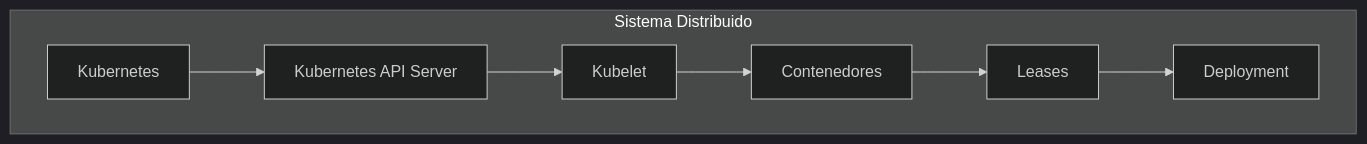
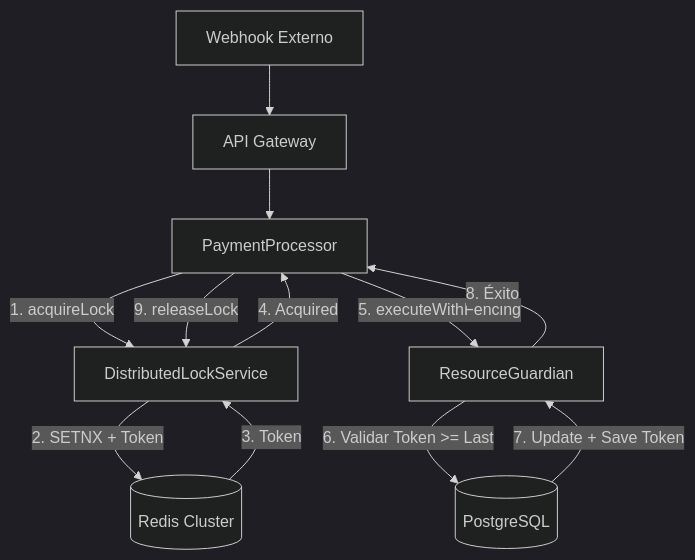
Before and after one commit to Joaquinriosheredia/DAM-Java-Mastery: the fourth of 4 diagrams in _Review/distributed_locks_y_coordinacion_distribuida/distributed_locks_y_coordinacion_distribuida.md, drawn with Mermaid (dark theme). The commit also changed other lines of this file, not shown here.

Commit message:
Distributed Locks y Coordinación Distribuida en Java 21

````diff
--- a/_Review/distributed_locks_y_coordinacion_distribuida/distributed_locks_y_coordinacion_distribuida.md
+++ b/_Review/distributed_locks_y_coordinacion_distribuida/distributed_locks_y_coordinacion_distribuida.md
@@ -658,17 +450,14 @@
 ```mermaid
 graph TD
-    subgraph "Sistema Distribuido"
-        A[Kubernetes]
-        B[Kubernetes API Server]
-        C[Kubelet]
-        D[Contenedores]
-        E[Leases]
-        F[Deployment]
-    end
-    
-    A --> B
-    B --> C
-    C --> D
-    D --> E
-    E --> F
+    A[Webhook Externo] --> B[API Gateway]
+    B --> C[PaymentProcessor]
+    C -->|1. acquireLock| D[DistributedLockService]
+    D -->|2. SETNX + Token| E[(Redis Cluster)]
+    E -->|3. Token| D
+    D -->|4. Acquired| C
+    C -->|5. executeWithFencing| F[ResourceGuardian]
+    F -->|6. Validar Token >= Last| G[(PostgreSQL)]
+    G -->|7. Update + Save Token| F
+    F -->|8. Éxito| C
+    C -->|9. releaseLock| D
 ```
````
